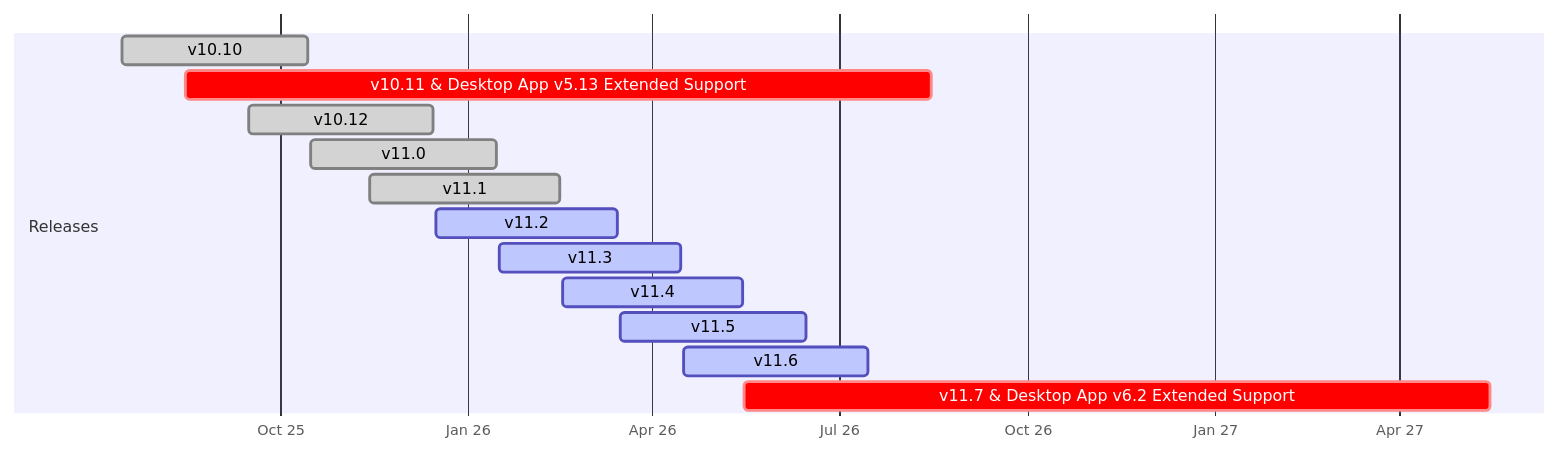
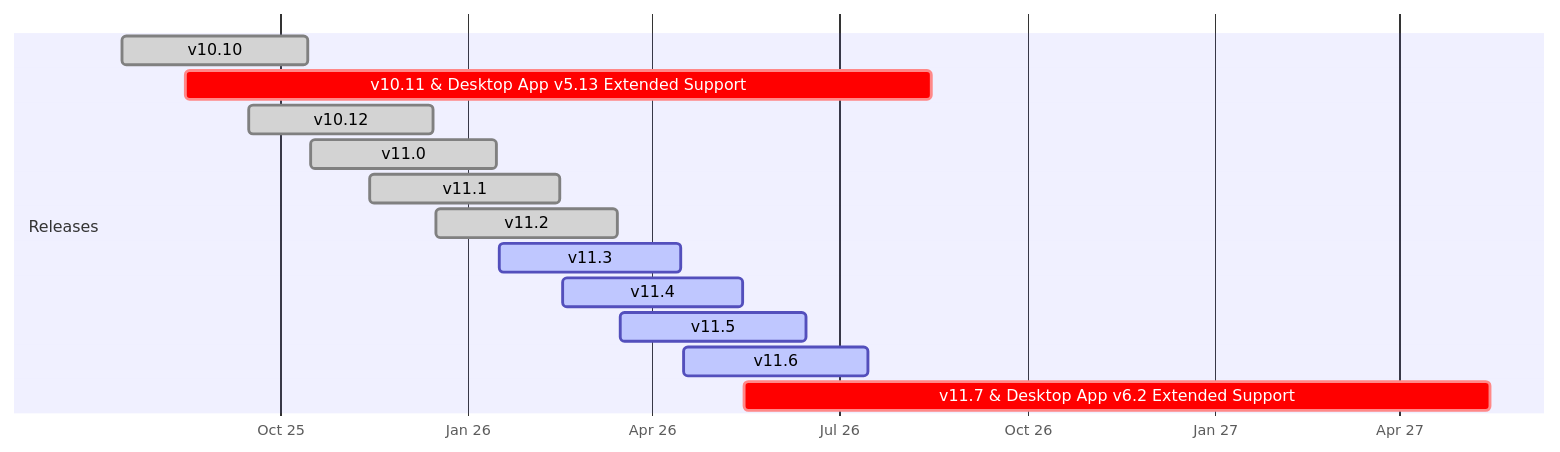
The diagram in source/product-overview/release-policy.md (mattermost/docs), drawn with Mermaid before and after one commit. The commit also changed 25 other files, not shown here.

````diff
--- a/source/product-overview/release-policy.md
+++ b/source/product-overview/release-policy.md
@@ -44,19 +44,19 @@
 ```{mermaid}
 
 gantt
     dateFormat  YYYY-MM-DD
     axisFormat  %b %y
 
     section Releases
     v10.10                 :done, 2025-07-16, 2025-10-15
     v10.11 & Desktop App v5.13 Extended Support :crit,    2025-08-16, 2026-08-15
     v10.12                 :done, 2025-09-16, 2025-12-15
     v11.0                  :done, 2025-10-16, 2026-01-15
     v11.1                  :done, 2025-11-14, 2026-02-15
-    v11.2                  :active, 2025-12-16, 2026-03-15
+    v11.2                  :done, 2025-12-16, 2026-03-15
     v11.3                  :active, 2026-01-16, 2026-04-15
     v11.4                  :active, 2026-02-16, 2026-05-15
     v11.5                  :active, 2026-03-16, 2026-06-15
     v11.6                  :active, 2026-04-16, 2026-07-15
     v11.7 & Desktop App v6.2 Extended Support :crit,    2026-05-16, 2027-05-15
 ```
````
